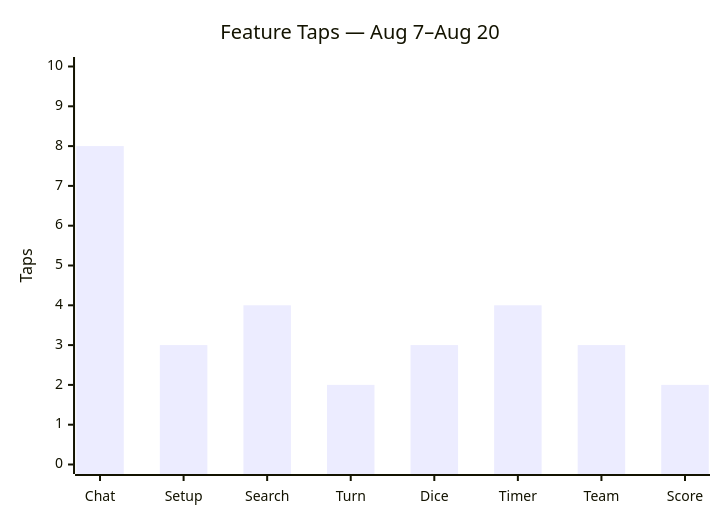
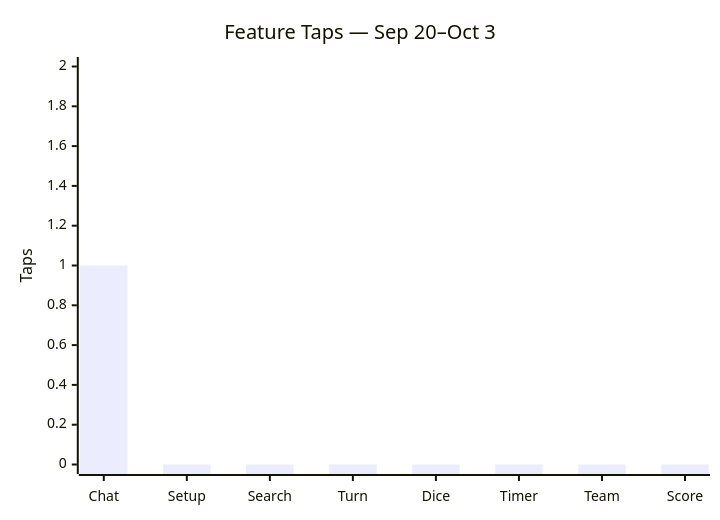
The third of 3 diagrams in docs/telemetry/usage_analytics.md (thrustCoder/gamer-uncle), drawn with Mermaid before and after one commit. The commit also changed other lines of this file, not shown here.

Commit message:
Update usage analytics with Sep 20 - Oct 3 snapshot

````diff
--- a/docs/telemetry/usage_analytics.md
+++ b/docs/telemetry/usage_analytics.md
@@ -172,7 +167,7 @@
 ```mermaid
 xychart-beta
-    title "Feature Taps — Aug 7–Aug 20"
+    title "Feature Taps — Sep 20–Oct 3"
     x-axis ["Chat", "Setup", "Search", "Turn", "Dice", "Timer", "Team", "Score"]
-    y-axis "Taps" 0 --> 10
-    bar [8, 3, 4, 2, 3, 4, 3, 2]
+    y-axis "Taps" 0 --> 2
+    bar [1, 0, 0, 0, 0, 0, 0, 0]
 ```
````
